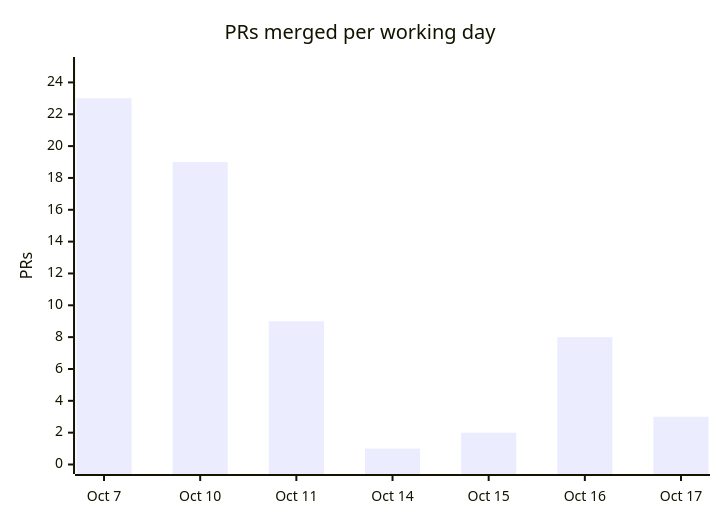
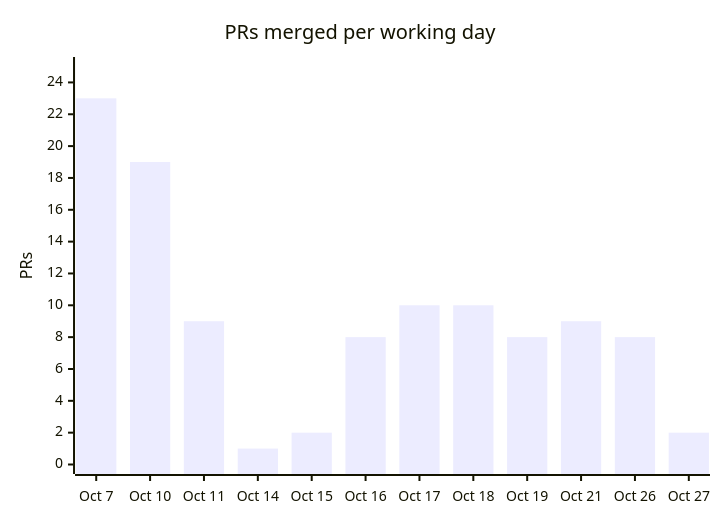
Before and after one commit to cmprssd/swjkja: the fourth of 7 diagrams in docs/OVERVIEW.md, drawn with Mermaid. The commit also changed other lines of this file and 11 other files, not shown here.

````diff
--- a/docs/OVERVIEW.md
+++ b/docs/OVERVIEW.md
@@ -153,7 +166,7 @@
 ```mermaid
 xychart-beta
     title "PRs merged per working day"
-    x-axis ["Oct 7", "Oct 10", "Oct 11", "Oct 14", "Oct 15", "Oct 16", "Oct 17"]
+    x-axis ["Oct 7", "Oct 10", "Oct 11", "Oct 14", "Oct 15", "Oct 16", "Oct 17", "Oct 18", "Oct 19", "Oct 21", "Oct 26", "Oct 27"]
     y-axis "PRs" 0 --> 25
-    bar [23, 19, 9, 1, 2, 8, 3]
+    bar [23, 19, 9, 1, 2, 8, 10, 10, 8, 9, 8, 2]
 ```
````
